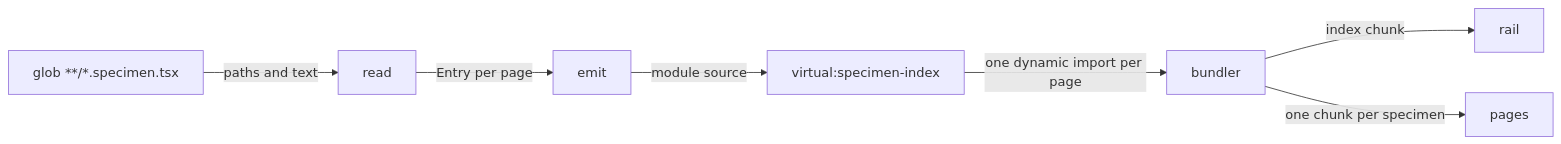
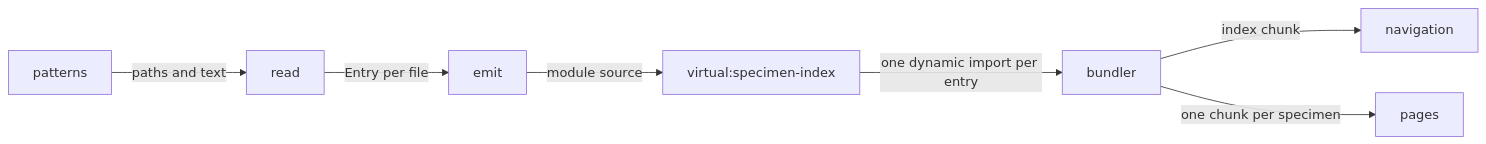
The first of 3 diagrams in docs/rfc/0001-index-specimens-without-loading-them.md (stealth-scale/platform), drawn with Mermaid before and after one commit. The commit also changed other lines of this file and 1 other file, not shown here.

````diff
--- a/docs/rfc/0001-index-specimens-without-loading-them.md
+++ b/docs/rfc/0001-index-specimens-without-loading-them.md
@@ -260,9 +203,9 @@
 ```mermaid
 flowchart LR
-    G[glob **/*.specimen.tsx] -->|paths and text| R[read]
-    R -->|Entry per page| E[emit]
+    P[patterns] -->|paths and text| R[read]
+    R -->|Entry per file| E[emit]
     E -->|module source| V["virtual:specimen-index"]
-    V -->|"one dynamic import per page"| B[bundler]
-    B -->|index chunk| I[rail]
-    B -->|one chunk per specimen| P[pages]
+    V -->|one dynamic import per entry| B[bundler]
+    B -->|index chunk| N[navigation]
+    B -->|one chunk per specimen| C[pages]
 ```
````
